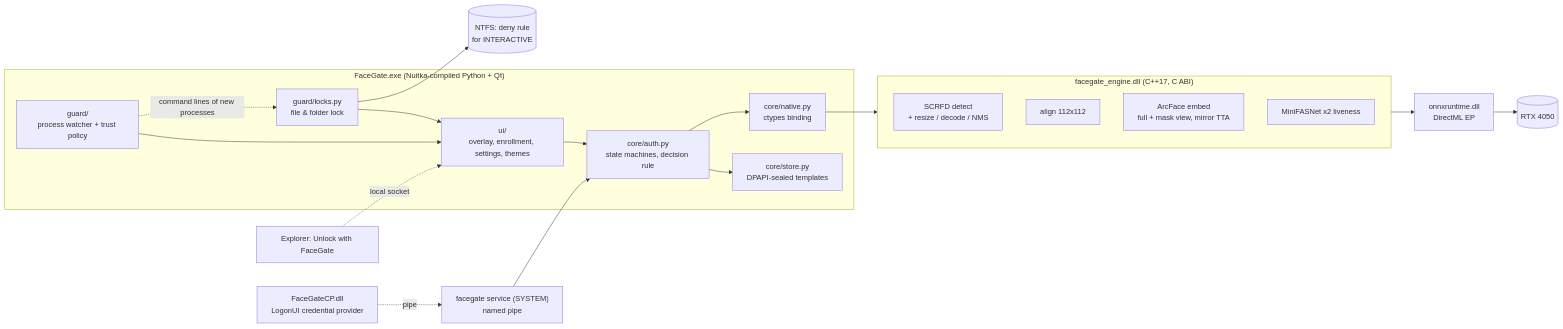
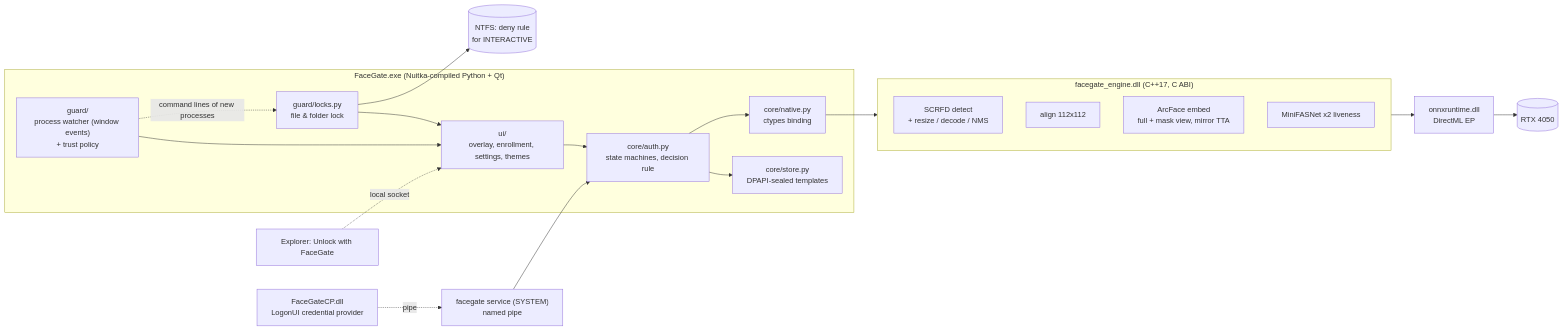
Before and after one commit to DeveshR011/facegate: the diagram in docs/architecture.md, drawn with Mermaid. The commit also changed other lines of this file and 24 other files, not shown here.

````diff
--- a/docs/architecture.md
+++ b/docs/architecture.md
@@ -5,28 +5,28 @@
 ```mermaid
 flowchart LR
     subgraph exe["FaceGate.exe  (Nuitka-compiled Python + Qt)"]
         UI["ui/<br/>overlay, enrollment, settings, themes"]
-        Guard["guard/<br/>process watcher + trust policy"]
+        Guard["guard/<br/>process watcher (window events)<br/>+ trust policy"]
         Locks["guard/locks.py<br/>file & folder lock"]
         Auth["core/auth.py<br/>state machines, decision rule"]
         Store["core/store.py<br/>DPAPI-sealed templates"]
         Native["core/native.py<br/>ctypes binding"]
     end
     subgraph cpp["facegate_engine.dll  (C++17, C ABI)"]
         Det["SCRFD detect<br/>+ resize / decode / NMS"]
         Align["align 112x112"]
         Emb["ArcFace embed<br/>full + mask view, mirror TTA"]
         Live["MiniFASNet x2 liveness"]
     end
     ORT["onnxruntime.dll<br/>DirectML EP"] --> GPU[("RTX 4050")]
     UI --> Auth
     Guard --> UI
     Locks --> UI
     Guard -.->|command lines of new processes| Locks
     Locks --> ACL[("NTFS: deny rule<br/>for INTERACTIVE")]
     Verb["Explorer: Unlock with FaceGate"] -.->|local socket| UI
     Auth --> Store
     Auth --> Native --> cpp --> ORT
     SVC["facegate service (SYSTEM)<br/>named pipe"] --> Auth
     CP["FaceGateCP.dll<br/>LogonUI credential provider"] -. pipe .-> SVC
 ```
````
